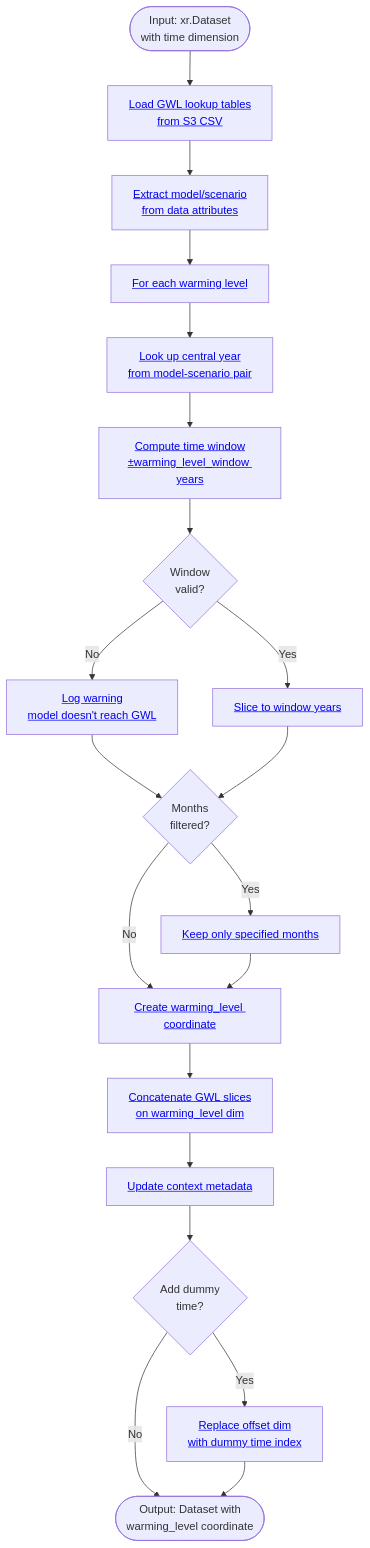
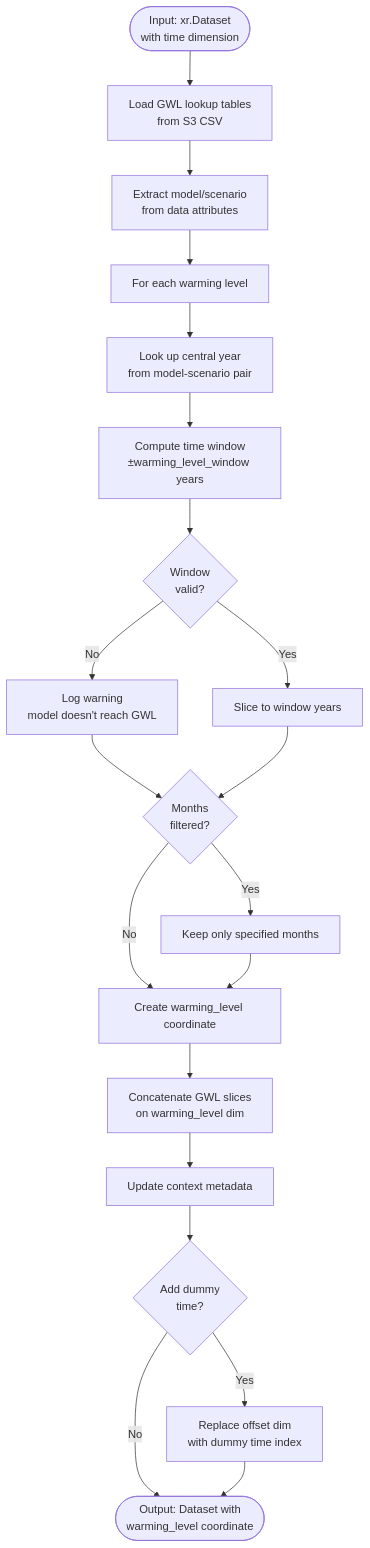
Before and after one commit to cal-adapt/climakitae: the diagram in docs-mkdocs/new-core/processors/warming_level.md, drawn with Mermaid. The commit also changed 3 other files, not shown here.

First line of the commit message:
fix(docs): Replace HTML anchor tags with Mermaid click directives in processor flowcharts

````diff
--- a/docs-mkdocs/new-core/processors/warming_level.md
+++ b/docs-mkdocs/new-core/processors/warming_level.md
@@ -9,36 +9,49 @@
 ```mermaid
 flowchart TD
-    Start([Input: xr.Dataset<br/>with time dimension]) --> LoadGWL["<a href='https://github.com/cal-adapt/climakitae/blob/main/climakitae/new_core/processors/warming_level.py#L91'>Load GWL lookup tables<br/>from S3 CSV</a>"]
+    Start([Input: xr.Dataset<br/>with time dimension]) --> LoadGWL["Load GWL lookup tables<br/>from S3 CSV"]
     
-    LoadGWL --> GetModels["<a href='https://github.com/cal-adapt/climakitae/blob/main/climakitae/new_core/processors/warming_level.py#L105'>Extract model/scenario<br/>from data attributes</a>"]
+    LoadGWL --> GetModels["Extract model/scenario<br/>from data attributes"]
     
-    GetModels --> LoopGWL["<a href='https://github.com/cal-adapt/climakitae/blob/main/climakitae/new_core/processors/warming_level.py#L120'>For each warming level</a>"]
+    GetModels --> LoopGWL["For each warming level"]
     
-    LoopGWL --> LookupWindow["<a href='https://github.com/cal-adapt/climakitae/blob/main/climakitae/new_core/processors/warming_level.py#L125'>Look up central year<br/>from model-scenario pair</a>"]
+    LoopGWL --> LookupWindow["Look up central year<br/>from model-scenario pair"]
     
-    LookupWindow --> ComputeWindow["<a href='https://github.com/cal-adapt/climakitae/blob/main/climakitae/new_core/processors/warming_level.py#L130'>Compute time window<br/>±warming_level_window years</a>"]
+    LookupWindow --> ComputeWindow["Compute time window<br/>±warming_level_window years"]
     
     ComputeWindow --> CheckWindow{Window<br/>valid?}
     
-    CheckWindow -->|No| LogWarn["<a href='https://github.com/cal-adapt/climakitae/blob/main/climakitae/new_core/processors/warming_level.py#L145'>Log warning<br/>model doesn't reach GWL</a>"]
-    CheckWindow -->|Yes| SliceTime["<a href='https://github.com/cal-adapt/climakitae/blob/main/climakitae/new_core/processors/warming_level.py#L150'>Slice to window years</a>"]
+    CheckWindow -->|No| LogWarn["Log warning<br/>model doesn't reach GWL"]
+    CheckWindow -->|Yes| SliceTime["Slice to window years"]
     
     LogWarn --> FilterMonth{Months<br/>filtered?}
     SliceTime --> FilterMonth
     
-    FilterMonth -->|Yes| FilterSeasons["<a href='https://github.com/cal-adapt/climakitae/blob/main/climakitae/new_core/processors/warming_level.py#L155'>Keep only specified months</a>"]
-    FilterMonth -->|No| CreateCoord["<a href='https://github.com/cal-adapt/climakitae/blob/main/climakitae/new_core/processors/warming_level.py#L160'>Create warming_level coordinate</a>"]
+    FilterMonth -->|Yes| FilterSeasons["Keep only specified months"]
+    FilterMonth -->|No| CreateCoord["Create warming_level coordinate"]
     
     FilterSeasons --> CreateCoord
     
-    CreateCoord --> Concat["<a href='https://github.com/cal-adapt/climakitae/blob/main/climakitae/new_core/processors/warming_level.py#L170'>Concatenate GWL slices<br/>on warming_level dim</a>"]
+    CreateCoord --> Concat["Concatenate GWL slices<br/>on warming_level dim"]
     
-    Concat --> UpdateCtx["<a href='https://github.com/cal-adapt/climakitae/blob/main/climakitae/new_core/processors/warming_level.py#L180'>Update context metadata</a>"]
+    Concat --> UpdateCtx["Update context metadata"]
     
     UpdateCtx --> DummyTime{Add dummy<br/>time?}
     
-    DummyTime -->|Yes| AddTime["<a href='https://github.com/cal-adapt/climakitae/blob/main/climakitae/new_core/processors/warming_level.py#L185'>Replace offset dim<br/>with dummy time index</a>"]
+    DummyTime -->|Yes| AddTime["Replace offset dim<br/>with dummy time index"]
     DummyTime -->|No| End([Output: Dataset with<br/>warming_level coordinate])
     
     AddTime --> End
+    
+    click LoadGWL "https://github.com/cal-adapt/climakitae/blob/main/climakitae/new_core/processors/warming_level.py#L91" "Load GWL lookup tables"
+    click GetModels "https://github.com/cal-adapt/climakitae/blob/main/climakitae/new_core/processors/warming_level.py#L105" "Extract model/scenario"
+    click LoopGWL "https://github.com/cal-adapt/climakitae/blob/main/climakitae/new_core/processors/warming_level.py#L120" "For each warming level"
+    click LookupWindow "https://github.com/cal-adapt/climakitae/blob/main/climakitae/new_core/processors/warming_level.py#L125" "Look up central year"
+    click ComputeWindow "https://github.com/cal-adapt/climakitae/blob/main/climakitae/new_core/processors/warming_level.py#L130" "Compute time window"
+    click LogWarn "https://github.com/cal-adapt/climakitae/blob/main/climakitae/new_core/processors/warming_level.py#L145" "Log warning"
+    click SliceTime "https://github.com/cal-adapt/climakitae/blob/main/climakitae/new_core/processors/warming_level.py#L150" "Slice to window years"
+    click FilterSeasons "https://github.com/cal-adapt/climakitae/blob/main/climakitae/new_core/processors/warming_level.py#L155" "Keep only specified months"
+    click CreateCoord "https://github.com/cal-adapt/climakitae/blob/main/climakitae/new_core/processors/warming_level.py#L160" "Create warming_level coordinate"
+    click Concat "https://github.com/cal-adapt/climakitae/blob/main/climakitae/new_core/processors/warming_level.py#L170" "Concatenate GWL slices"
+    click UpdateCtx "https://github.com/cal-adapt/climakitae/blob/main/climakitae/new_core/processors/warming_level.py#L180" "Update context metadata"
+    click AddTime "https://github.com/cal-adapt/climakitae/blob/main/climakitae/new_core/processors/warming_level.py#L185" "Replace offset dim"
 ```
````
